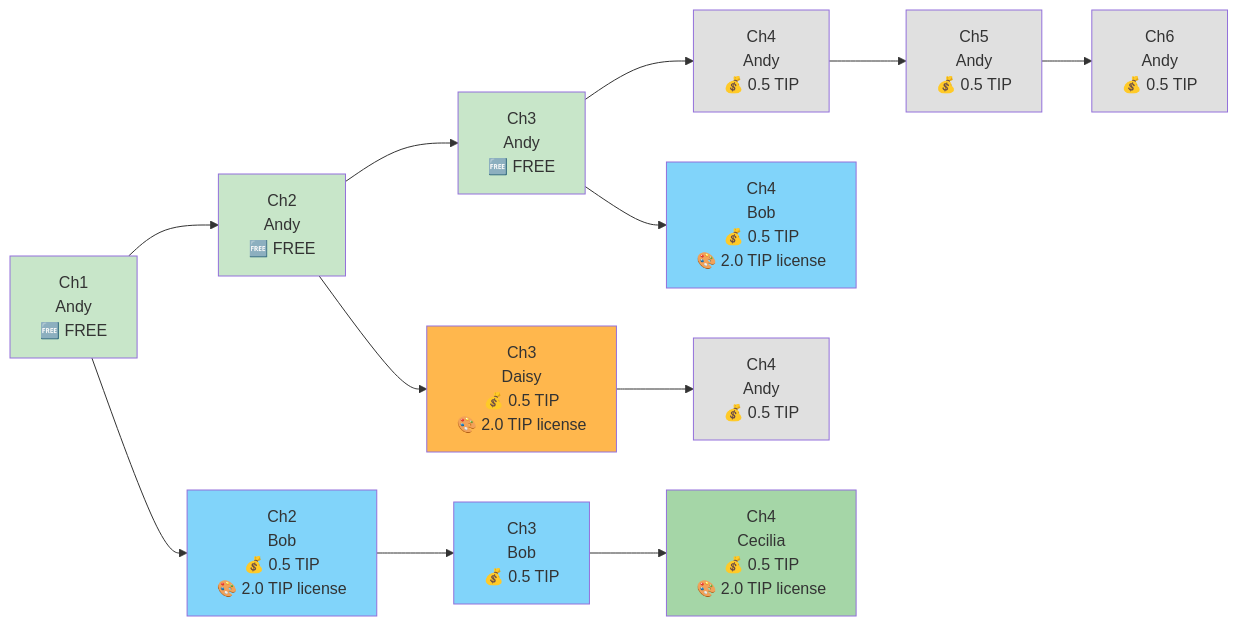
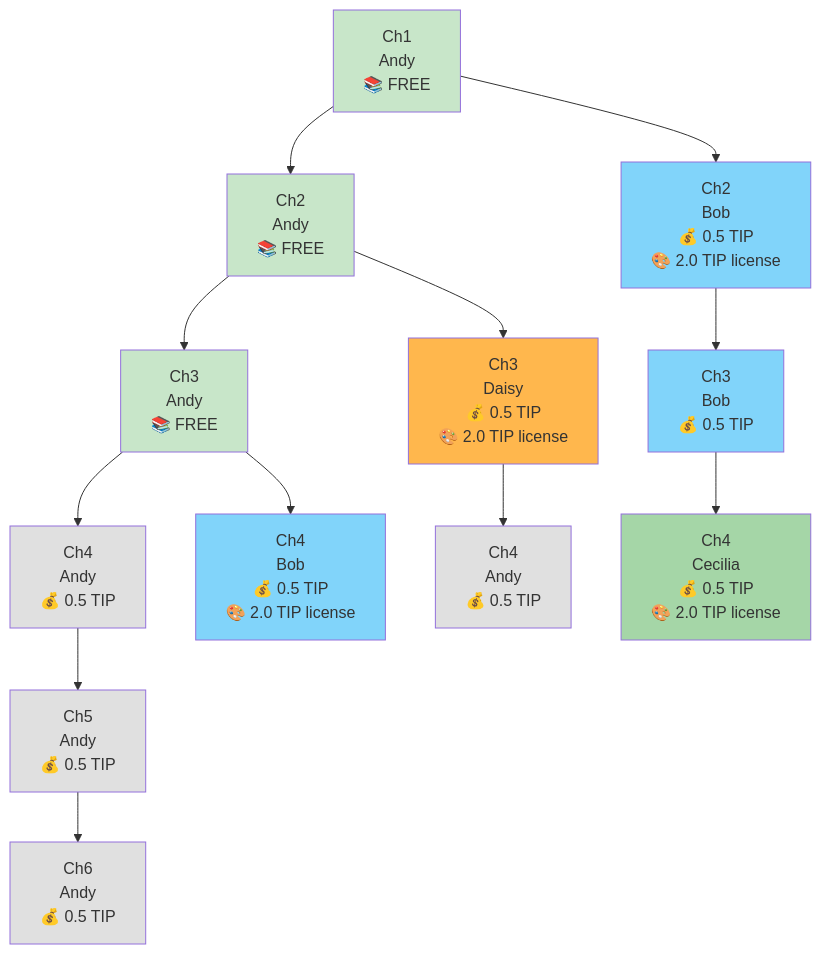
Before and after one commit to AndyBoWu/storyhouse-vip: the first of 5 diagrams in docs/product/COLLABORATIVE_STORYTELLING.md, drawn with Mermaid.

Commit message:
🎯 Align Andy's chapters as main horizontal storyline
- Change flowchart from LR to TD to show proper branching structure
- Keep Andy's storyline (Ch1-Ch6) as the main horizontal timeline
- Show other authors' branches diverging from Andy's main path
- Maintain clear visual hierarchy with Andy as the primary story thread
- Match the structure shown in the visual reference with main timeline prominence

````diff
--- a/docs/product/COLLABORATIVE_STORYTELLING.md
+++ b/docs/product/COLLABORATIVE_STORYTELLING.md
@@ -46,37 +46,35 @@
 ```mermaid
-flowchart LR
-    %% Main timeline - FREE chapters
-    Ch1["Ch1<br/>Andy<br/>🆓 FREE"] --> Ch2["Ch2<br/>Andy<br/>🆓 FREE"]
-    Ch2 --> Ch3["Ch3<br/>Andy<br/>🆓 FREE"]
+flowchart TD
+    %% Main Andy storyline - perfectly horizontal
+    Ch1["Ch1<br/>Andy<br/>📚 FREE"] --> Ch2["Ch2<br/>Andy<br/>📚 FREE"]
+    Ch2 --> Ch3["Ch3<br/>Andy<br/>📚 FREE"]
+    Ch3 --> Ch4["Ch4<br/>Andy<br/>💰 0.5 TIP"]
+    Ch4 --> Ch5["Ch5<br/>Andy<br/>💰 0.5 TIP"]
+    Ch5 --> Ch6["Ch6<br/>Andy<br/>💰 0.5 TIP"]
     
-    %% Main timeline continuation - PAID chapters
-    Ch3 --> Ch4A["Ch4<br/>Andy<br/>💰 0.5 TIP"]
-    Ch4A --> Ch5A["Ch5<br/>Andy<br/>💰 0.5 TIP"]
-    Ch5A --> Ch6A["Ch6<br/>Andy<br/>💰 0.5 TIP"]
-    
-    %% Branch from Ch1 - Bob's timeline
+    %% Branch from Ch1 - Bob takes over at Ch2
     Ch1 --> Ch2B["Ch2<br/>Bob<br/>💰 0.5 TIP<br/>🎨 2.0 TIP license"]
     Ch2B --> Ch3B["Ch3<br/>Bob<br/>💰 0.5 TIP"]
-    Ch3B --> Ch4B["Ch4<br/>Cecilia<br/>💰 0.5 TIP<br/>🎨 2.0 TIP license"]
+    Ch3B --> Ch4C["Ch4<br/>Cecilia<br/>💰 0.5 TIP<br/>🎨 2.0 TIP license"]
     
-    %% Branch from Ch2 - Daisy's timeline  
+    %% Branch from Ch2 - Daisy takes over at Ch3
     Ch2 --> Ch3D["Ch3<br/>Daisy<br/>💰 0.5 TIP<br/>🎨 2.0 TIP license"]
     Ch3D --> Ch4D["Ch4<br/>Andy<br/>💰 0.5 TIP"]
     
-    %% Branch from Ch3 - Bob's alternate
-    Ch3 --> Ch4C["Ch4<br/>Bob<br/>💰 0.5 TIP<br/>🎨 2.0 TIP license"]
+    %% Branch from Ch3 - Bob's alternative Ch4
+    Ch3 --> Ch4B["Ch4<br/>Bob<br/>💰 0.5 TIP<br/>🎨 2.0 TIP license"]
     
     %% Styling to match the visual reference
     style Ch1 fill:#c8e6c9
     style Ch2 fill:#c8e6c9  
     style Ch3 fill:#c8e6c9
-    style Ch4A fill:#e0e0e0
-    style Ch5A fill:#e0e0e0
-    style Ch6A fill:#e0e0e0
+    style Ch4 fill:#e0e0e0
+    style Ch5 fill:#e0e0e0
+    style Ch6 fill:#e0e0e0
     style Ch2B fill:#81d4fa
     style Ch3B fill:#81d4fa
-    style Ch4B fill:#a5d6a7
+    style Ch4C fill:#a5d6a7
     style Ch3D fill:#ffb74d
     style Ch4D fill:#e0e0e0
-    style Ch4C fill:#81d4fa
+    style Ch4B fill:#81d4fa
 ```
````
